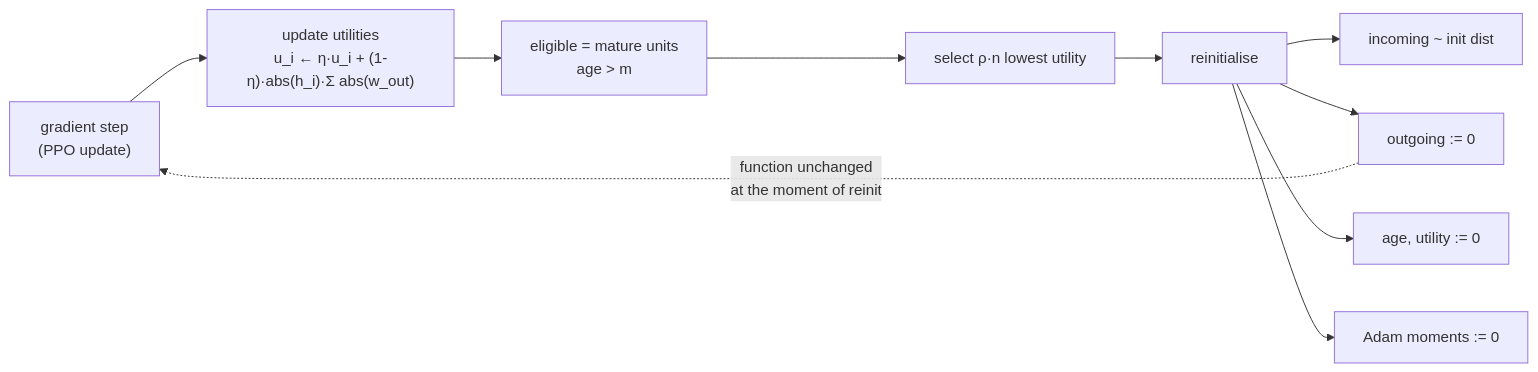
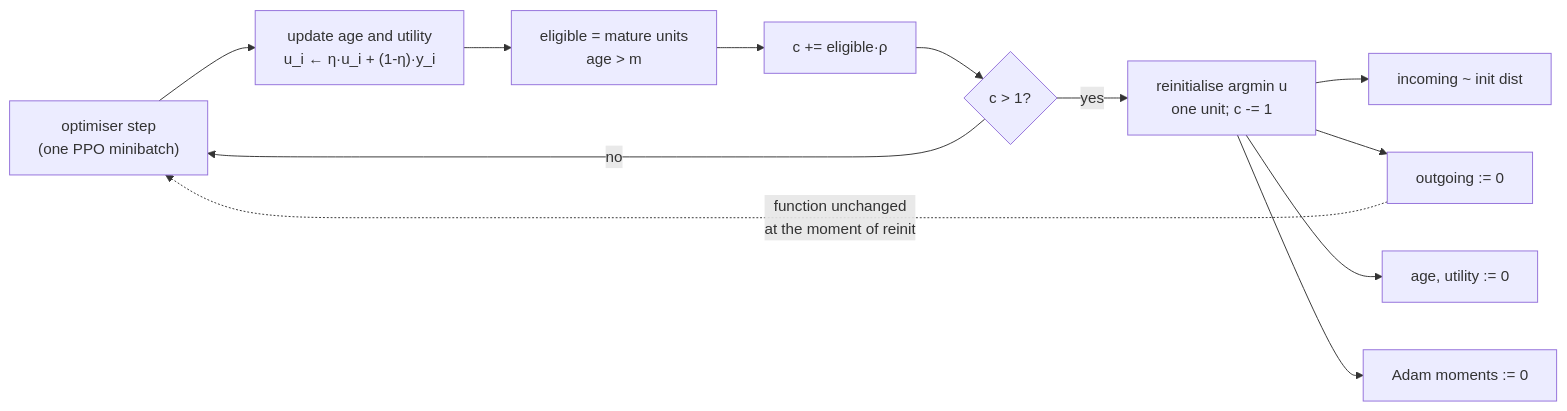
The diagram in doc/25_continual_backprop.md (ChuaCheowHuan/gym-continuousDoubleAuction), drawn with Mermaid before and after one commit. The commit also changed other lines of this file and 12 other files, not shown here.

````diff
--- a/doc/25_continual_backprop.md
+++ b/doc/25_continual_backprop.md
@@ -55,12 +86,14 @@
 ```mermaid
 flowchart LR
-    B["gradient step<br/>(PPO update)"] --> U["update utilities<br/>u_i ← η·u_i + (1-η)·abs(h_i)·Σ abs(w_out)"]
+    B["optimiser step<br/>(one PPO minibatch)"] --> U["update age and utility<br/>u_i ← η·u_i + (1-η)·y_i"]
     U --> E["eligible = mature units<br/>age > m"]
-    E --> S["select ρ·n lowest utility"]
-    S --> R["reinitialise"]
+    E --> C["c += eligible·ρ"]
+    C --> S{"c > 1?"}
+    S -->|"no"| B
+    S -->|"yes"| R["reinitialise argmin u<br/>one unit; c -= 1"]
     R --> RI["incoming ~ init dist"]
     R --> RO["outgoing := 0"]
     R --> RA["age, utility := 0"]
     R --> RM["Adam moments := 0"]
     RO -.->|"function unchanged<br/>at the moment of reinit"| B
 ```
````
